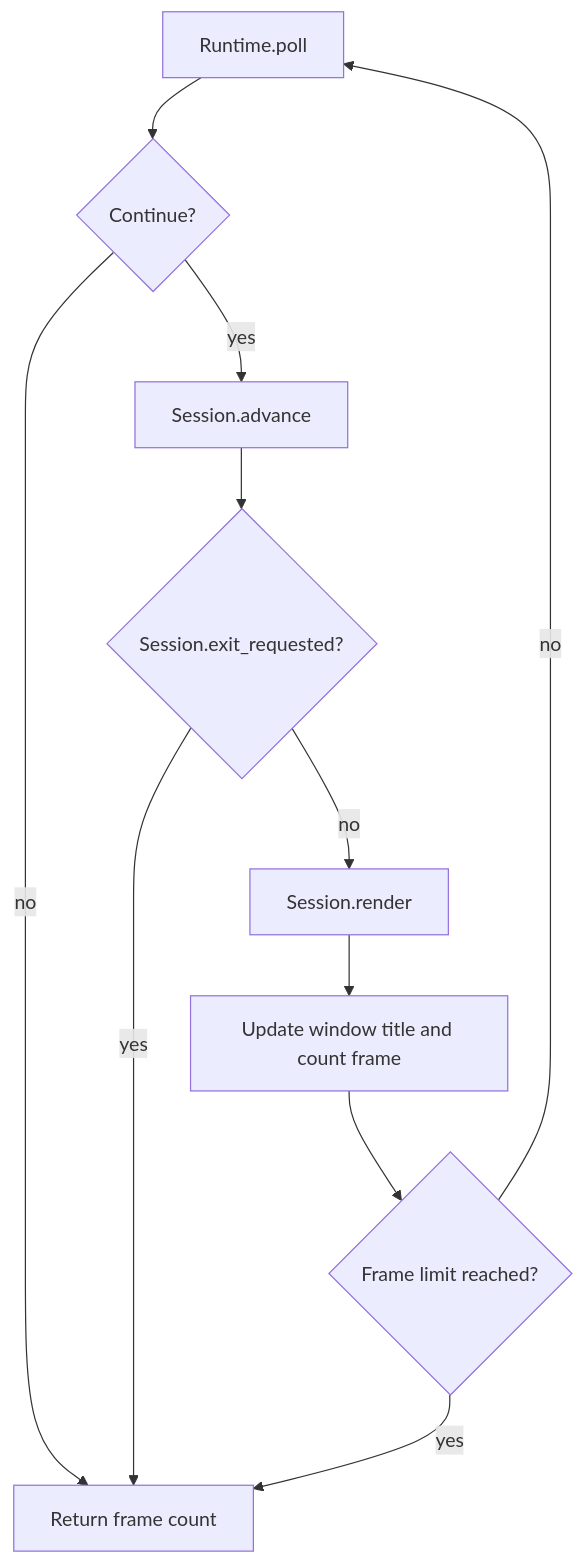
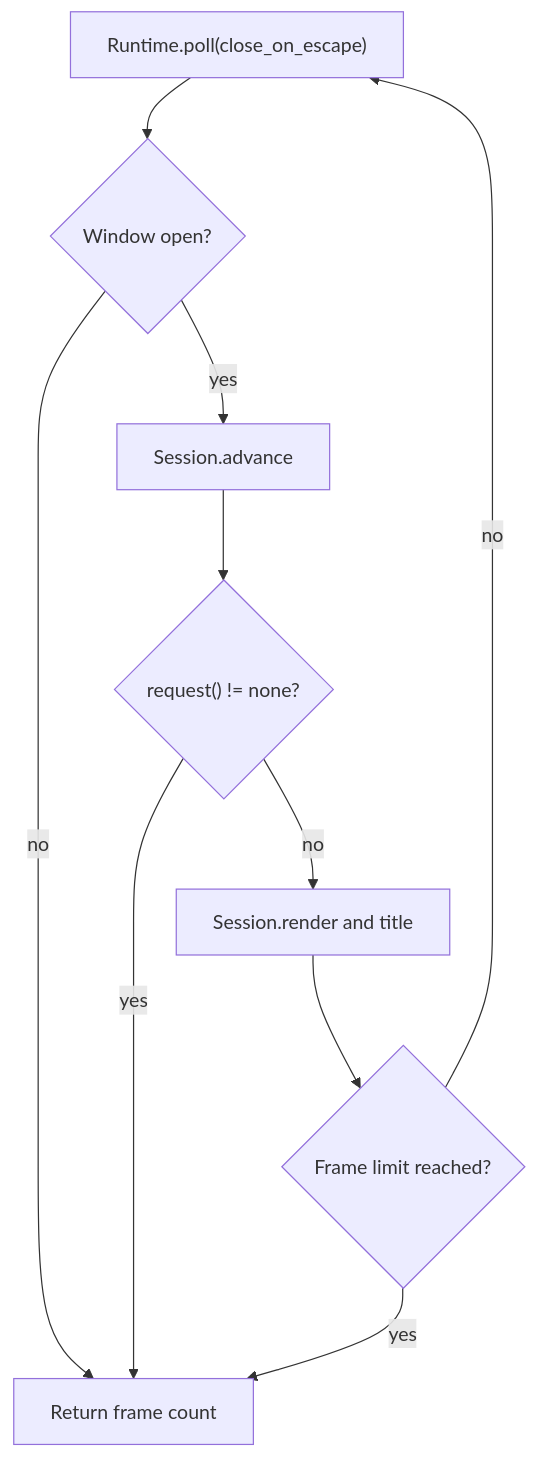
One commit to SMB-M87/Kinetra changed the second of 2 diagrams in src/engine/README.md. Above: the diagram before and after it, drawn with Mermaid. The commit also changed other lines of this file and 7 other files, not shown here.

````diff
--- a/src/engine/README.md
+++ b/src/engine/README.md
@@ -21,13 +70,12 @@
 ```mermaid
 flowchart TD
-    Poll[Runtime.poll] --> Open{Continue?}
+    Poll["Runtime.poll(close_on_escape)"] --> Open{Window open?}
+    Open -->|no| Return[Return frame count]
     Open -->|yes| Advance[Session.advance]
-    Open -->|no| Return[Return frame count]
-    Advance --> Exit{Session.exit_requested?}
-    Exit -->|yes| Return
-    Exit -->|no| Render[Session.render]
-    Render --> Title[Update window title and count frame]
-    Title --> Limit{Frame limit reached?}
+    Advance --> Request{"request() != none?"}
+    Request -->|yes| Return
+    Request -->|no| Render[Session.render and title]
+    Render --> Limit{Frame limit reached?}
     Limit -->|yes| Return
     Limit -->|no| Poll
 ```
````
